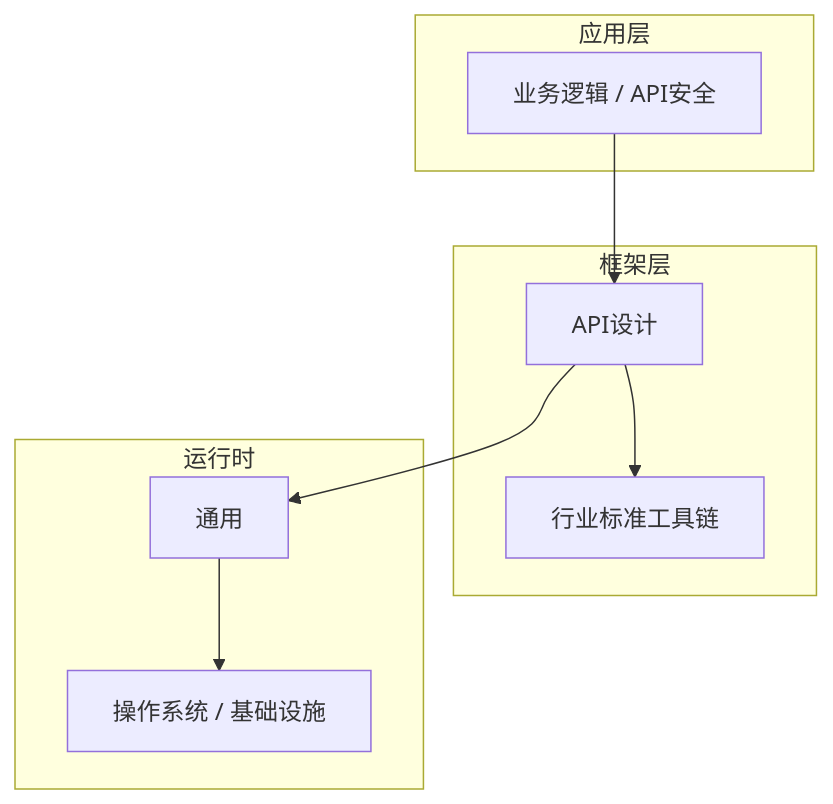
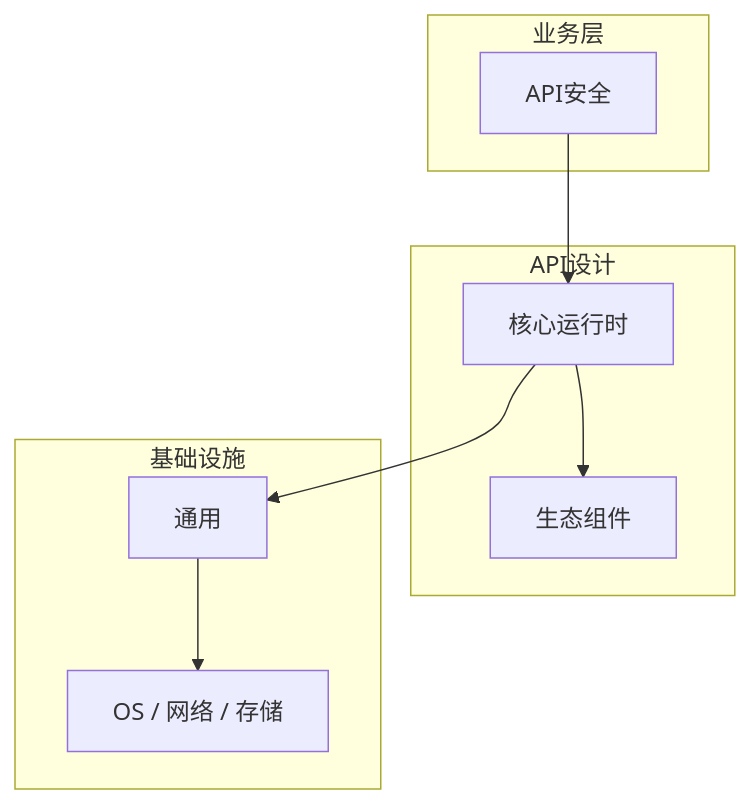
The diagram in articles/API设计/chapters/046-API安全核心概念与原理.md (yanggan2015/knowledge-json-v2), drawn with Mermaid before and after one commit. The commit also changed other lines of this file and 10127 other files, not shown here.

````diff
--- a/articles/API设计/chapters/046-API安全核心概念与原理.md
+++ b/articles/API设计/chapters/046-API安全核心概念与原理.md
@@ -45,18 +34,18 @@
 ```mermaid
 graph TB
-    subgraph 应用层
-        A[业务逻辑 / API安全]
+    subgraph 业务层
+        A[API安全]
     end
-    subgraph 框架层
-        B[API设计]
-        C[行业标准工具链]
+    subgraph API设计
+        B[核心运行时]
+        C[生态组件]
     end
-    subgraph 运行时
+    subgraph 基础设施
         D[通用]
-        E[操作系统 / 基础设施]
+        E[OS / 网络 / 存储]
     end
     A --> B
     B --> C
     B --> D
     D --> E
 ```
````
